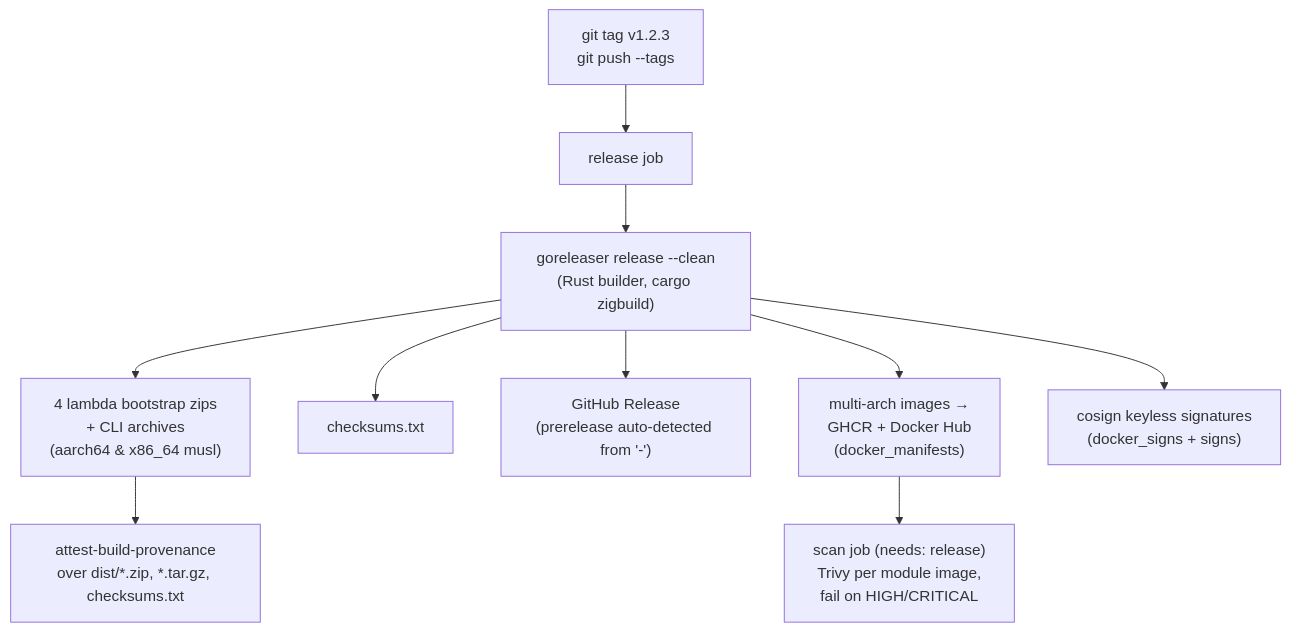
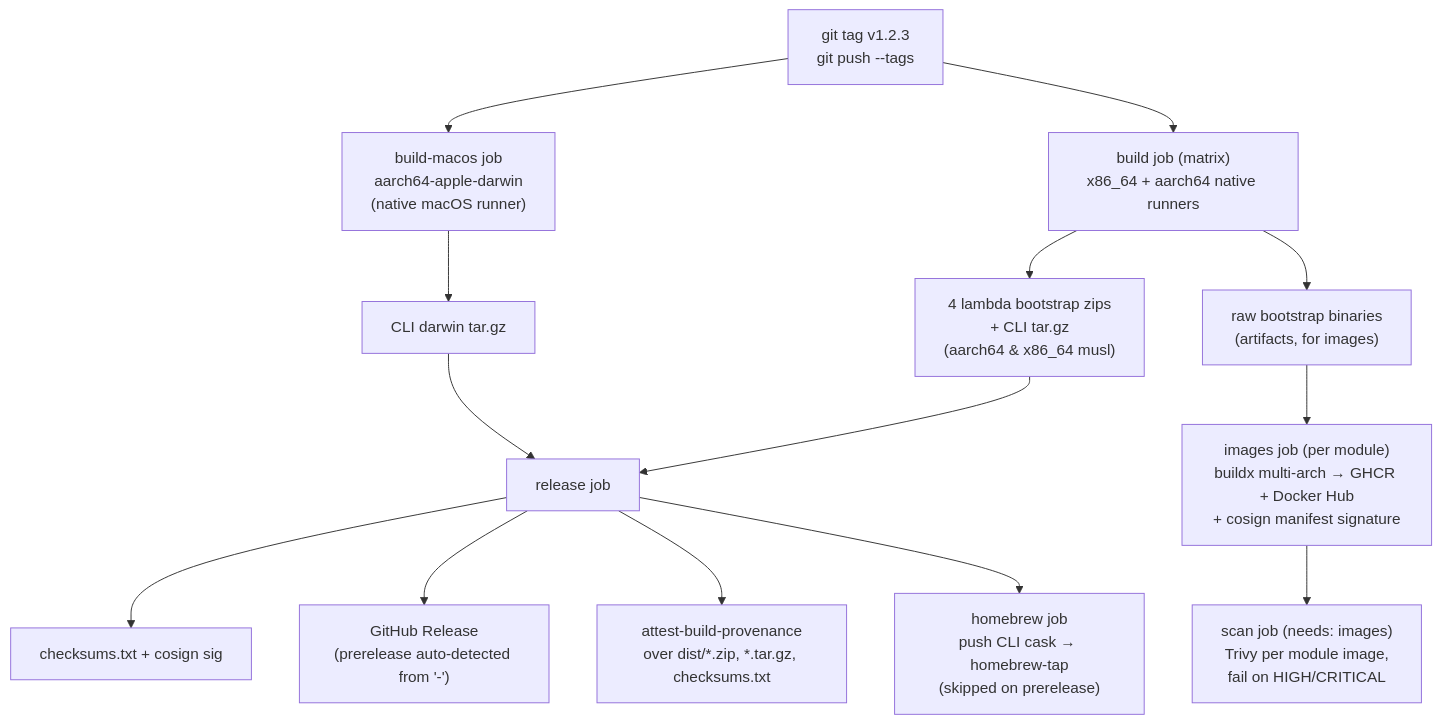
The diagram in docs/development.md (boogy/cloudtrail-rs), drawn with Mermaid before and after one commit. The commit also changed other lines of this file and 9 other files, not shown here.

First line of the commit message:
ci: replace goreleaser release pipeline with native GitHub Actions

````diff
--- a/docs/development.md
+++ b/docs/development.md
@@ -92,12 +91,16 @@
 ```mermaid
 flowchart TD
-    TAG["git tag v1.2.3<br/>git push --tags"] --> REL["release job"]
-    REL --> GR["goreleaser release --clean<br/>(Rust builder, cargo zigbuild)"]
-    GR --> BINS["4 lambda bootstrap zips<br/>+ CLI archives<br/>(aarch64 & x86_64 musl)"]
-    GR --> SUMS["checksums.txt"]
-    GR --> GH["GitHub Release<br/>(prerelease auto-detected from '-')"]
-    GR --> IMGS["multi-arch images →<br/>GHCR + Docker Hub<br/>(docker_manifests)"]
-    GR --> SIGN["cosign keyless signatures<br/>(docker_signs + signs)"]
-    BINS --> ATT["attest-build-provenance<br/>over dist/*.zip, *.tar.gz, checksums.txt"]
-    IMGS --> SCAN["scan job (needs: release)<br/>Trivy per module image,<br/>fail on HIGH/CRITICAL"]
+    TAG["git tag v1.2.3<br/>git push --tags"] --> B["build job (matrix)<br/>x86_64 + aarch64 native runners"]
+    TAG --> BM["build-macos job<br/>aarch64-apple-darwin<br/>(native macOS runner)"]
+    B --> BINS["4 lambda bootstrap zips<br/>+ CLI tar.gz<br/>(aarch64 & x86_64 musl)"]
+    B --> RAW["raw bootstrap binaries<br/>(artifacts, for images)"]
+    BM --> DARWIN["CLI darwin tar.gz"]
+    BINS --> REL["release job"]
+    DARWIN --> REL
+    REL --> SUMS["checksums.txt + cosign sig"]
+    REL --> GH["GitHub Release<br/>(prerelease auto-detected from '-')"]
+    REL --> ATT["attest-build-provenance<br/>over dist/*.zip, *.tar.gz, checksums.txt"]
+    REL --> BREW["homebrew job<br/>push CLI cask → homebrew-tap<br/>(skipped on prerelease)"]
+    RAW --> IMG["images job (per module)<br/>buildx multi-arch → GHCR + Docker Hub<br/>+ cosign manifest signature"]
+    IMG --> SCAN["scan job (needs: images)<br/>Trivy per module image,<br/>fail on HIGH/CRITICAL"]
 ```
````
